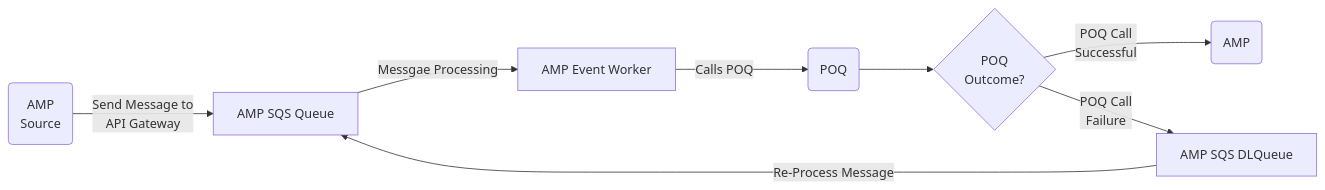
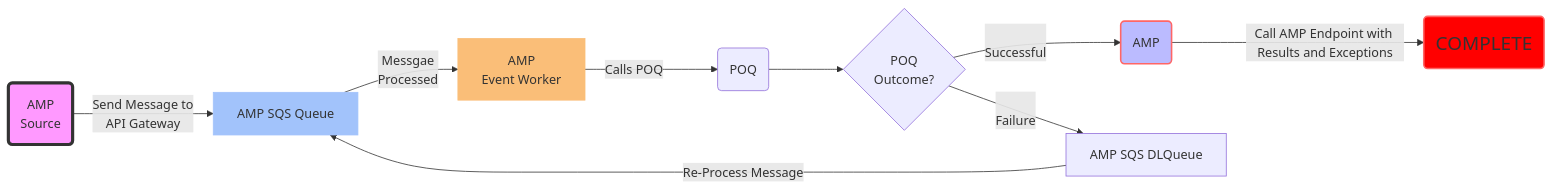
Before and after one commit to travellingcoderr/travellingcoderr: the first of 3 diagrams in README.md, drawn with Mermaid. The commit also changed other lines of this file, not shown here.

````diff
--- a/README.md
+++ b/README.md
@@ -4,12 +1,26 @@
 ```mermaid
-graph LR
+flowchart LR
 
 A(AMP <br /> Source)
 A -->|Send Message to <br/> API Gateway| B[AMP SQS Queue]
-B -->|Messgae Processing| C[AMP Event Worker]
+B -->|Messgae <br />Processed| C[AMP <br /> Event Worker]
 C -->|Calls POQ| D(POQ)
 D -->E{POQ <br /> Outcome?}
-E -->|POQ Call <br />Successful| F(AMP)
-E -->|POQ Call <br />Failure| G[AMP SQS DLQueue]
+E -->|<br />Successful| F(AMP)
+F -->|Call AMP Endpoint with Results and Exceptions| COMPLETE(<font size=5>COMPLETE)
+E -->|<br />Failure| G[AMP SQS DLQueue]
 G -->|Re-Process Message| B[AMP SQS Queue]
+style A fill:#f9f,stroke:#333,stroke-width:4px
+style F fill:#bbf,stroke:#f66,stroke-width:2px
+style COMPLETE fill:#FF0000,stroke:#f66,stroke-width:2px
+
+%% Set the classes.
+classDef success fill:#8FD27F,stroke:#8FD27F;
+classDef flow fill:#A2C3FB,stroke:#A2C3FB;
+classDef quest fill:#FABE78,stroke:#FABE78;
+
+%% Assign the classes.
+class A success;
+class B flow;
+class C quest;
 ```
````
